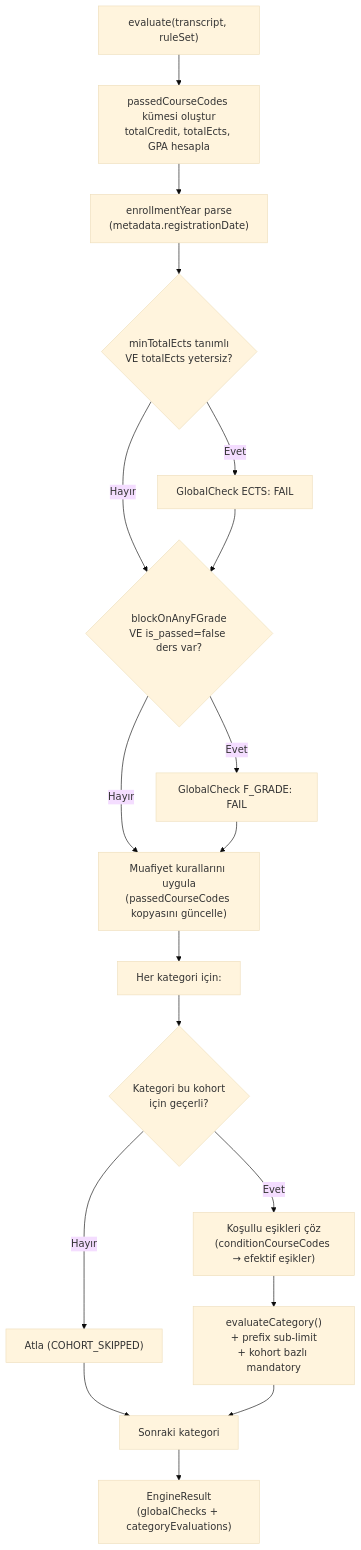
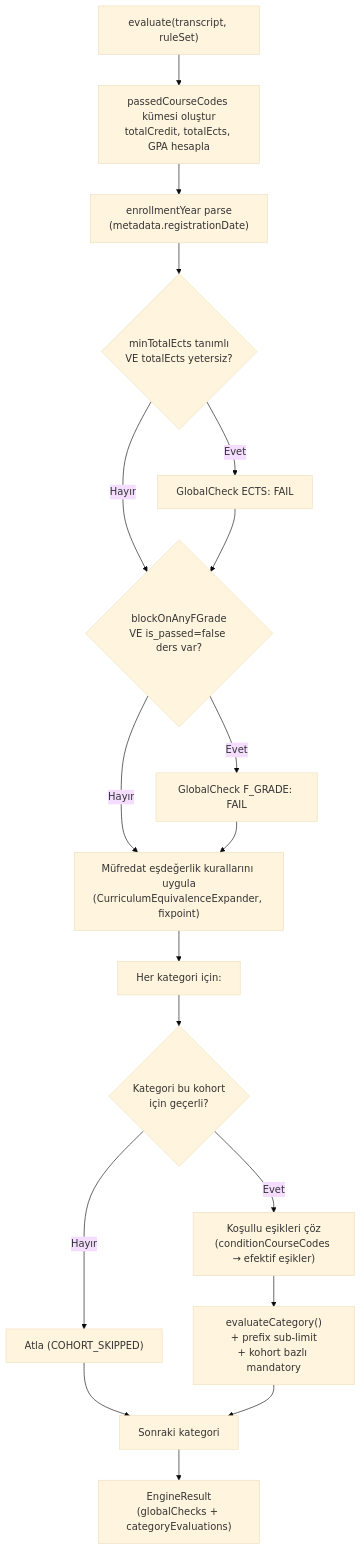
The seventh of 7 diagrams in docs/graduation-rules-v2-architecture.md (altindalorcun/tams), drawn with Mermaid (base theme) before and after one commit. The commit also changed other lines of this file and 40 other files, not shown here.

First line of the commit message:
feat(rule-service,analysis-service,frontend)!: add curriculum equivalence rules

````diff
--- a/docs/graduation-rules-v2-architecture.md
+++ b/docs/graduation-rules-v2-architecture.md
@@ -370,20 +396,20 @@
 ```mermaid
 flowchart TD
     input["evaluate(transcript, ruleSet)"] --> buildPassed["passedCourseCodes kümesi oluştur\ntotalCredit, totalEcts, GPA hesapla"]
     buildPassed --> parseEnrollment["enrollmentYear parse\n(metadata.registrationDate)"]
     parseEnrollment --> globalEcts{"minTotalEcts tanımlı\nVE totalEcts yetersiz?"}
     globalEcts -->|"Evet"| recordEctsFail["GlobalCheck ECTS: FAIL"]
     globalEcts -->|"Hayır"| globalF{"blockOnAnyFGrade\nVE is_passed=false ders var?"}
     recordEctsFail --> globalF
     globalF -->|"Evet"| recordFFail["GlobalCheck F_GRADE: FAIL"]
     globalF -->|"Hayır"| exemptions
-    recordFFail --> exemptions["Muafiyet kurallarını uygula\n(passedCourseCodes kopyasını güncelle)"]
+    recordFFail --> exemptions["Müfredat eşdeğerlik kurallarını uygula\n(CurriculumEquivalenceExpander, fixpoint)"]
     exemptions --> catLoop["Her kategori için:"]
     catLoop --> cohortCheck{"Kategori bu kohort\niçin geçerli?"}
     cohortCheck -->|"Hayır"| skipCat["Atla (COHORT_SKIPPED)"]
     cohortCheck -->|"Evet"| resolveThreshold["Koşullu eşikleri çöz\n(conditionCourseCodes → efektif eşikler)"]
     skipCat --> nextCat
     resolveThreshold --> evalCat["evaluateCategory()\n+ prefix sub-limit\n+ kohort bazlı mandatory"]
     evalCat --> nextCat["Sonraki kategori"]
     nextCat --> done["EngineResult\n(globalChecks + categoryEvaluations)"]
 ```
````
